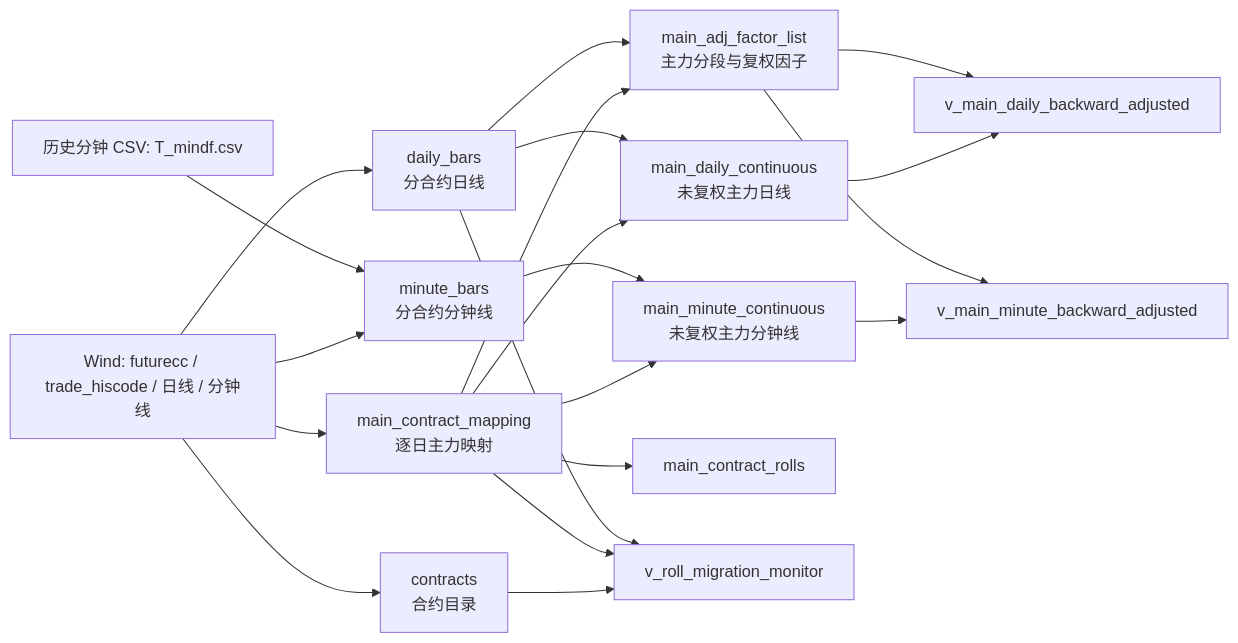
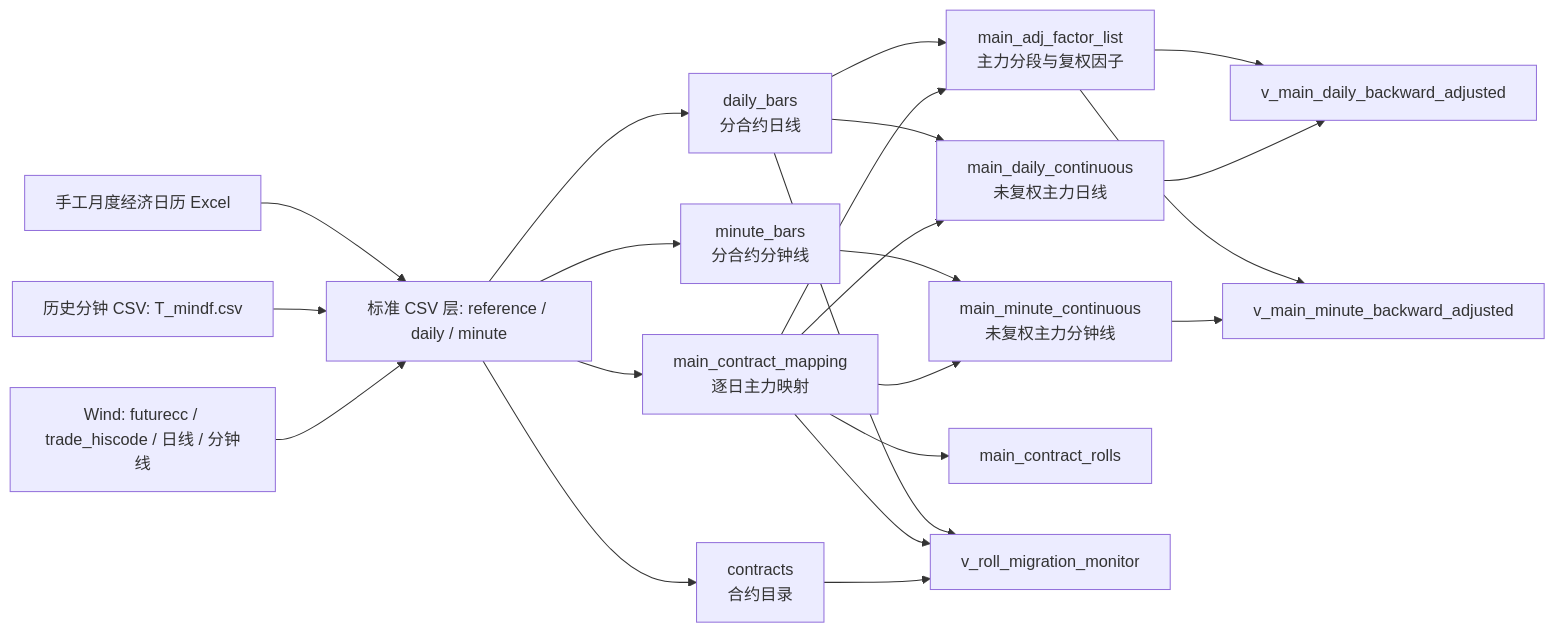
One commit to WANGKAI328/CTreasuryFutures changed the diagram in data/database/README.md. Above: the diagram before and after it, drawn with Mermaid. The commit also changed other lines of this file and 160 other files, not shown here.

````diff
--- a/data/database/README.md
+++ b/data/database/README.md
@@ -32,41 +35,45 @@
 ```mermaid
 flowchart LR
     Wind["Wind: futurecc / trade_hiscode / 日线 / 分钟线"]
-    CSV["历史分钟 CSV: T_mindf.csv"]
+    History["历史分钟 CSV: T_mindf.csv"]
+    RawEco["手工月度经济日历 Excel"]
+    CSV["标准 CSV 层: reference / daily / minute"]
 
     C["contracts\n合约目录"]
     M["main_contract_mapping\n逐日主力映射"]
     D["daily_bars\n分合约日线"]
     I["minute_bars\n分合约分钟线"]
 
     MD["main_daily_continuous\n未复权主力日线"]
     MM["main_minute_continuous\n未复权主力分钟线"]
     F["main_adj_factor_list\n主力分段与复权因子"]
 
     VD["v_main_daily_backward_adjusted"]
     VM["v_main_minute_backward_adjusted"]
     R["main_contract_rolls"]
     RM["v_roll_migration_monitor"]
 
-    Wind --> C
-    Wind --> M
-    Wind --> D
-    Wind --> I
+    Wind --> CSV
+    History --> CSV
+    RawEco --> CSV
+    CSV --> C
+    CSV --> M
+    CSV --> D
     CSV --> I
 
     M --> MD
     D --> MD
     M --> MM
     I --> MM
     M --> F
     D --> F
 
     MD --> VD
     F --> VD
     MM --> VM
     F --> VM
     M --> R
     C --> RM
     M --> RM
     D --> RM
 ```
````
